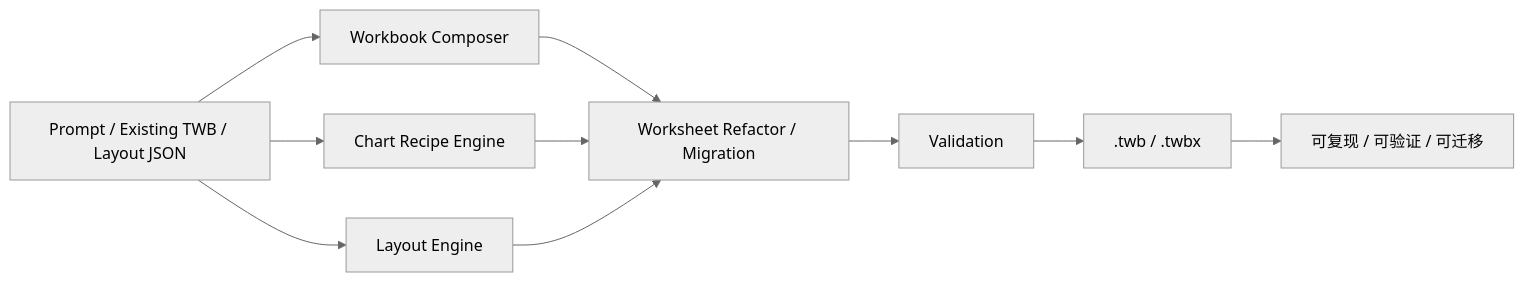
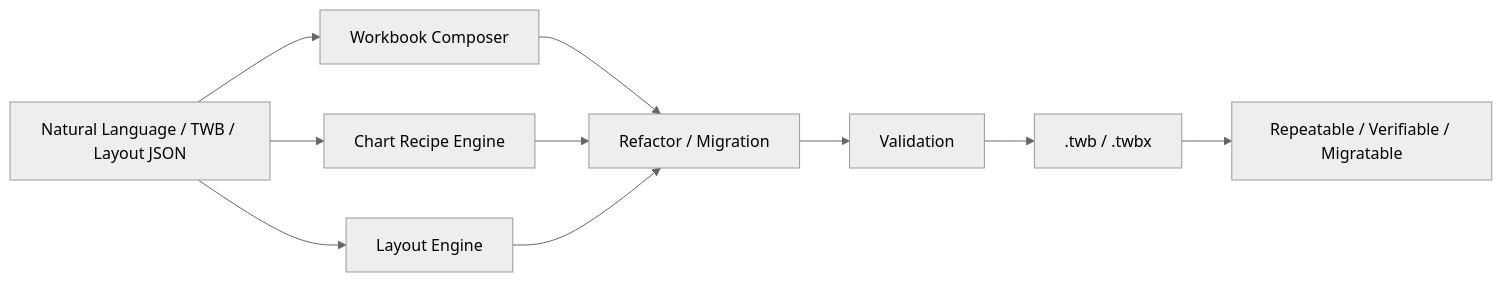
The second of 2 diagrams in slides.md (imgwho/datacooper-tug-share), drawn with Mermaid (neutral theme) before and after one commit. The commit also changed other lines of this file and 2 other files, not shown here.

````diff
--- a/slides.md
+++ b/slides.md
@@ -330,12 +325,12 @@
 ```mermaid
 flowchart LR
-  A["Prompt / Existing TWB / Layout JSON"] --> B["Workbook Composer"]
+  A["Natural Language / TWB / Layout JSON"] --> B["Workbook Composer"]
   A --> C["Chart Recipe Engine"]
   A --> D["Layout Engine"]
-  B --> E["Worksheet Refactor / Migration"]
+  B --> E["Refactor / Migration"]
   C --> E
   D --> E
   E --> F["Validation"]
   F --> G[".twb / .twbx"]
-  G --> H["可复现 / 可验证 / 可迁移"]
+  G --> H["Repeatable / Verifiable / Migratable"]
 ```
````
